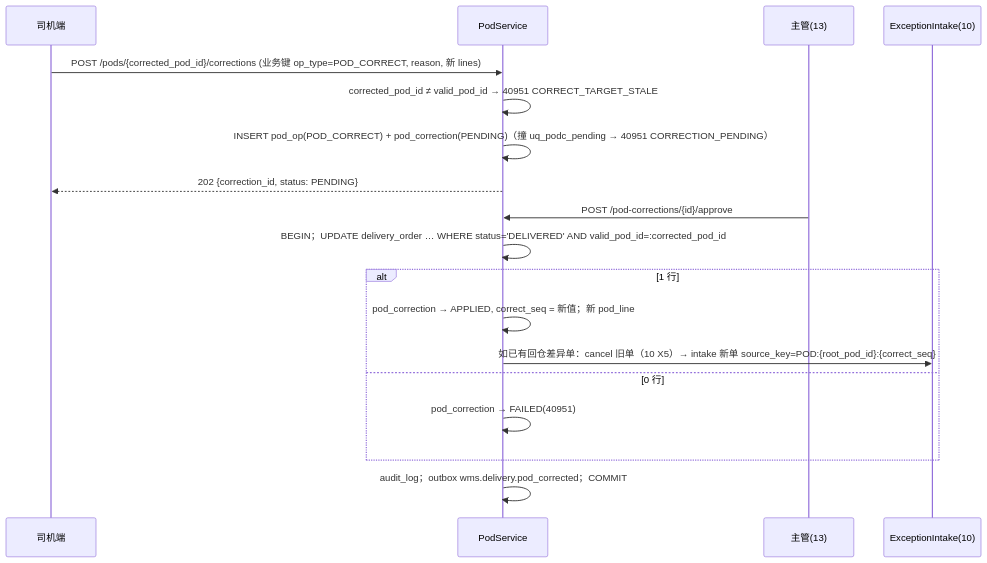
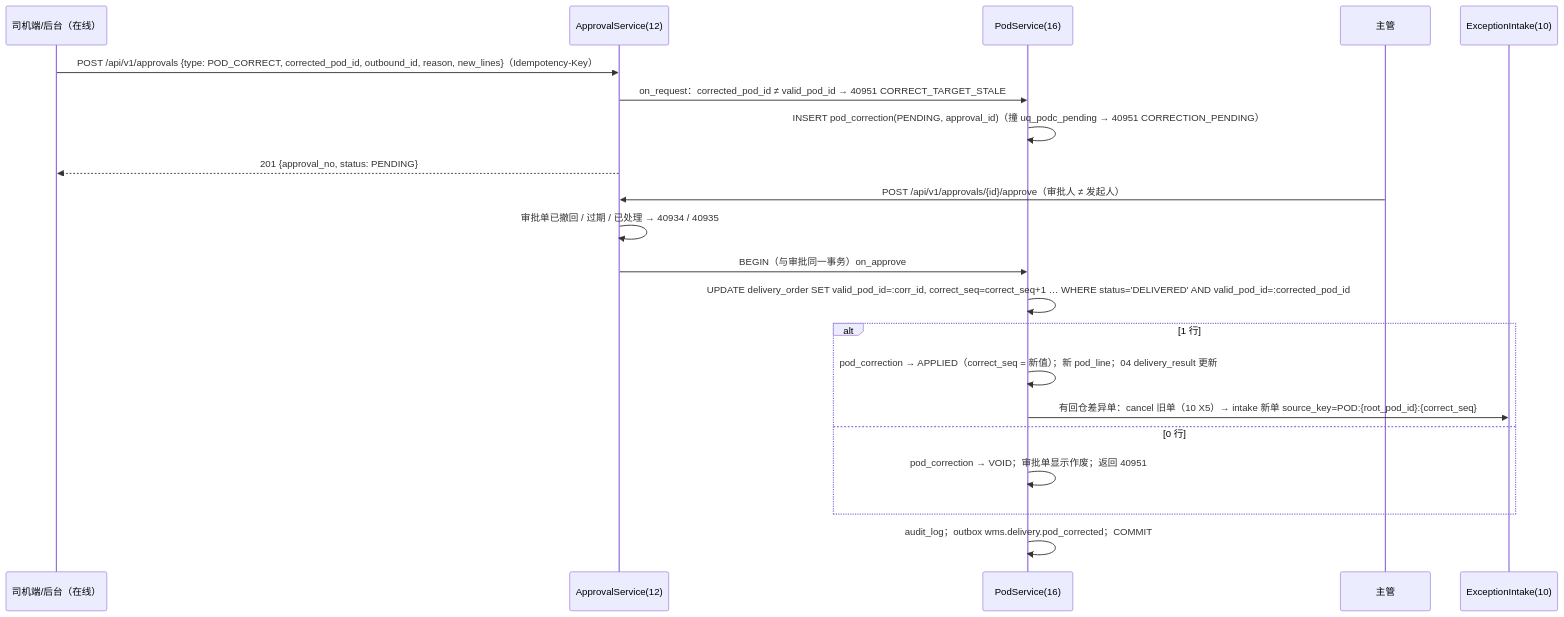
The fourth of 5 diagrams in docs/16-配送与签收.md (Akarin7784/fresh-wms), drawn with Mermaid before and after one commit. The commit also changed other lines of this file and 4 other files, not shown here.

Commit message:
docs(16): 大肥鱼定案 + 小周 8 条：更正只走第 12 篇 /approvals（在线、同事务执行、服务端分配 correct_seq）、pod_correction 按审批单号关联、key_type 去掉 POD_CORRECT、delivery_result 引用 04、40934/40935、40951 reason 枚举、snake_case、展示值、版本落后、预签名；关闭 Q-A/C/E/G/H/I

````diff
--- a/docs/16-配送与签收.md
+++ b/docs/16-配送与签收.md
@@ -241,20 +238,23 @@
 ```mermaid
 sequenceDiagram
-  participant D as 司机端
-  participant S as PodService
-  participant M as 主管(13)
+  participant D as 司机端/后台（在线）
+  participant A as ApprovalService(12)
+  participant S as PodService(16)
+  participant M as 主管
   participant E as ExceptionIntake(10)
-  D->>S: POST /pods/{corrected_pod_id}/corrections (业务键 op_type=POD_CORRECT, reason, 新 lines)
-  S->>S: corrected_pod_id ≠ valid_pod_id → 40951 CORRECT_TARGET_STALE
-  S->>S: INSERT pod_op(POD_CORRECT) + pod_correction(PENDING)（撞 uq_podc_pending → 40951 CORRECTION_PENDING）
-  S-->>D: 202 {correction_id, status: PENDING}
-  M->>S: POST /pod-corrections/{id}/approve
-  S->>S: BEGIN；UPDATE delivery_order … WHERE status='DELIVERED' AND valid_pod_id=:corrected_pod_id
+  D->>A: POST /api/v1/approvals {type: POD_CORRECT, corrected_pod_id, outbound_id, reason, new_lines}（Idempotency-Key）
+  A->>S: on_request：corrected_pod_id ≠ valid_pod_id → 40951 CORRECT_TARGET_STALE
+  S->>S: INSERT pod_correction(PENDING, approval_id)（撞 uq_podc_pending → 40951 CORRECTION_PENDING）
+  A-->>D: 201 {approval_no, status: PENDING}
+  M->>A: POST /api/v1/approvals/{id}/approve（审批人 ≠ 发起人）
+  A->>A: 审批单已撤回 / 过期 / 已处理 → 40934 / 40935
+  A->>S: BEGIN（与审批同一事务）on_approve
+  S->>S: UPDATE delivery_order SET valid_pod_id=:corr_id, correct_seq=correct_seq+1 … WHERE status='DELIVERED' AND valid_pod_id=:corrected_pod_id
   alt 1 行
-    S->>S: pod_correction → APPLIED, correct_seq = 新值；新 pod_line
-    S->>E: 如已有回仓差异单：cancel 旧单（10 X5）→ intake 新单 source_key=POD:{root_pod_id}:{correct_seq}
+    S->>S: pod_correction → APPLIED（correct_seq = 新值）；新 pod_line；04 delivery_result 更新
+    S->>E: 有回仓差异单：cancel 旧单（10 X5）→ intake 新单 source_key=POD:{root_pod_id}:{correct_seq}
   else 0 行
-    S->>S: pod_correction → FAILED(40951)
+    S->>S: pod_correction → VOID；审批单显示作废；返回 40951
   end
   S->>S: audit_log；outbox wms.delivery.pod_corrected；COMMIT
 ```
````
